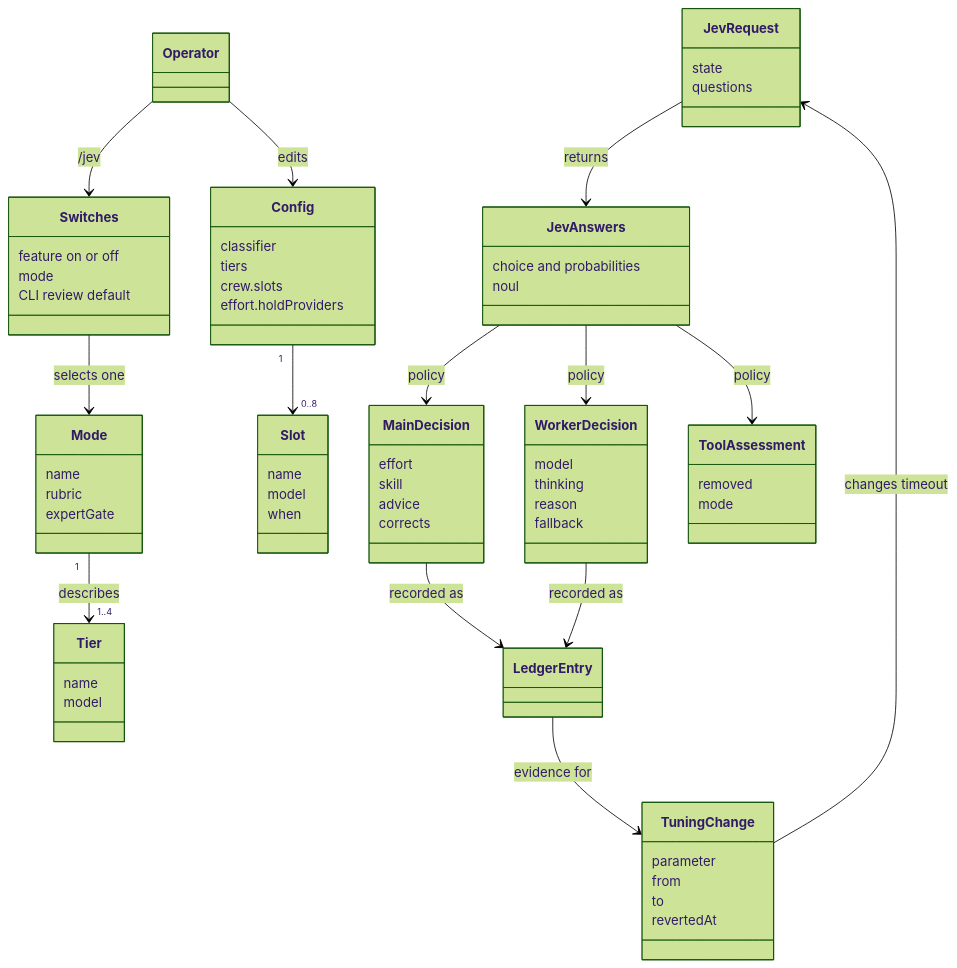
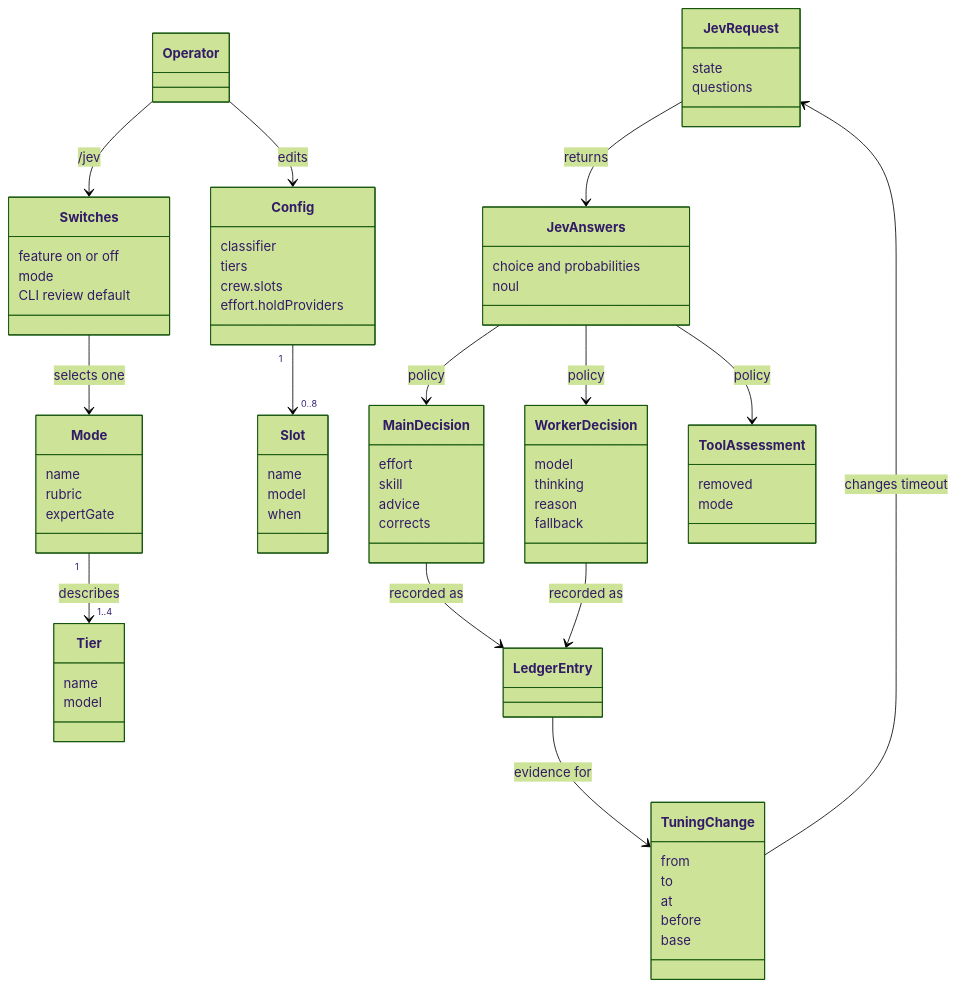
Before and after one commit to ttdua/pi-jev-pilot: the first of 3 diagrams in docs/domain-model.md, drawn with Mermaid (forest theme). The commit also changed other lines of this file and 4 other files, not shown here.

````diff
--- a/docs/domain-model.md
+++ b/docs/domain-model.md
@@ -5,74 +5,75 @@
 ```mermaid
 classDiagram
     class Operator
     class Config {
       classifier
       tiers
       crew.slots
       effort.holdProviders
     }
     class Switches {
       feature on or off
       mode
       CLI review default
     }
     class Mode {
       name
       rubric
       expertGate
     }
     class Tier {
       name
       model
     }
     class Slot {
       name
       model
       when
     }
     class JevRequest {
       state
       questions
     }
     class JevAnswers {
       choice and probabilities
       noul
     }
     class MainDecision {
       effort
       skill
       advice
       corrects
     }
     class WorkerDecision {
       model
       thinking
       reason
       fallback
     }
     class ToolAssessment {
       removed
       mode
     }
     class LedgerEntry
     class TuningChange {
-      parameter
       from
       to
-      revertedAt
+      at
+      before
+      base
     }
 
     Operator --> Config : edits
     Operator --> Switches : /jev
     Switches --> Mode : selects one
     Mode "1" --> "1..4" Tier : describes
     Config "1" --> "0..8" Slot
     JevRequest --> JevAnswers : returns
     JevAnswers --> MainDecision : policy
     JevAnswers --> WorkerDecision : policy
     JevAnswers --> ToolAssessment : policy
     MainDecision --> LedgerEntry : recorded as
     WorkerDecision --> LedgerEntry : recorded as
     LedgerEntry --> TuningChange : evidence for
     TuningChange --> JevRequest : changes timeout
 ```
````
